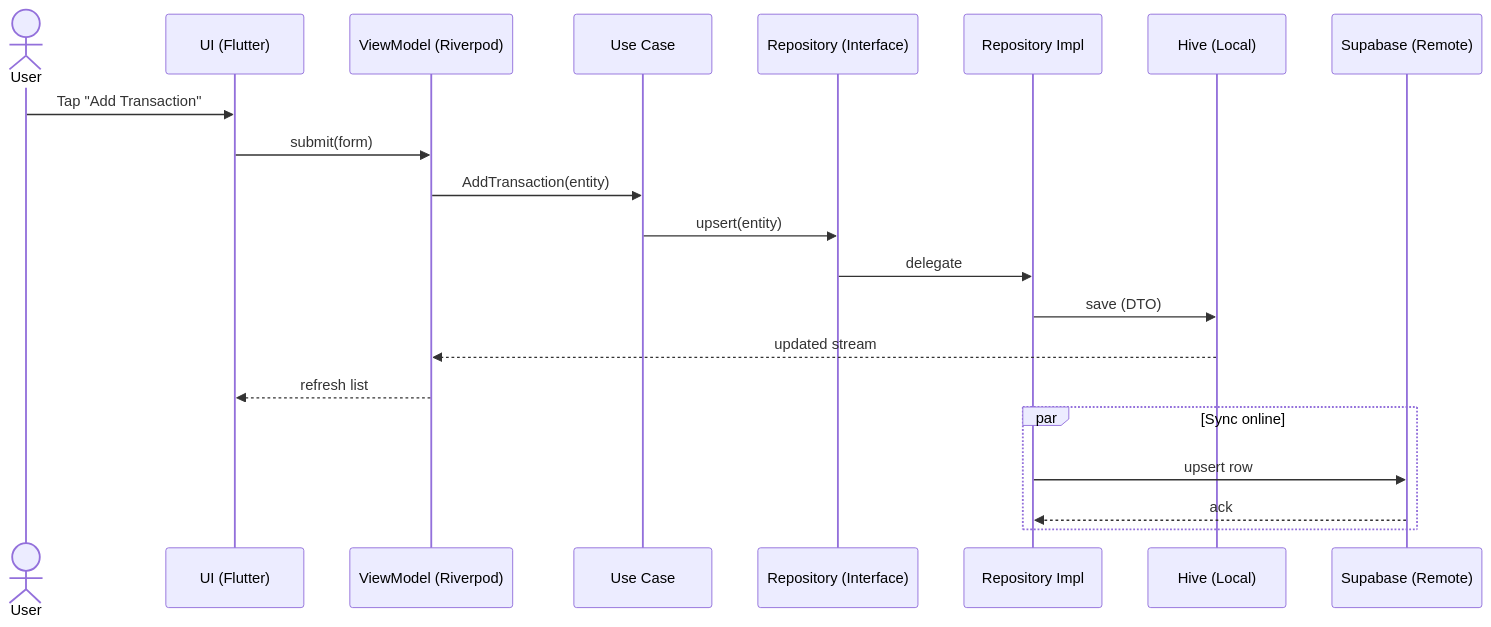
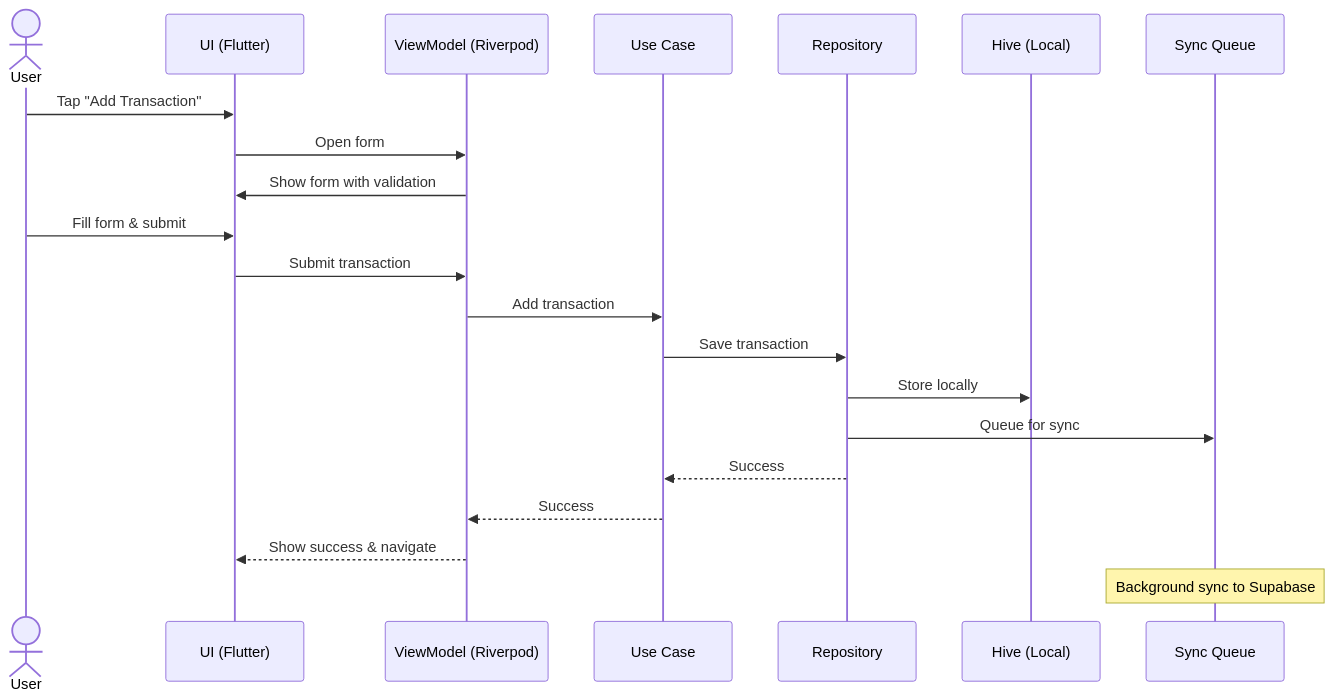
One commit to rakibulmehedi/Pocketa changed the second of 2 diagrams in README.md. Above: the diagram before and after it, drawn with Mermaid. The commit also changed other lines of this file and 90 other files, not shown here.

````diff
--- a/README.md
+++ b/README.md
@@ -110,24 +142,26 @@
 ```mermaid
 sequenceDiagram
   actor U as User
   participant UI as UI (Flutter)
   participant VM as ViewModel (Riverpod)
   participant UC as Use Case
-  participant Repo as Repository (Interface)
-  participant Impl as Repository Impl
-  participant H as Hive (Local)
-  participant S as Supabase (Remote)
+  participant Repo as Repository
+  participant Hive as Hive (Local)
+  participant Sync as Sync Queue
 
   U->>UI: Tap "Add Transaction"
-  UI->>VM: submit(form)
-  VM->>UC: AddTransaction(entity)
-  UC->>Repo: upsert(entity)
-  Repo->>Impl: delegate
-  Impl->>H: save (DTO)
-  H-->>VM: updated stream
-  VM-->>UI: refresh list
-  par Sync online
-    Impl->>S: upsert row
-    S-->>Impl: ack
-  end
+  UI->>VM: Open form
+  VM->>UI: Show form with validation
+  
+  U->>UI: Fill form & submit
+  UI->>VM: Submit transaction
+  VM->>UC: Add transaction
+  UC->>Repo: Save transaction
+  Repo->>Hive: Store locally
+  Repo->>Sync: Queue for sync
+  Repo-->>UC: Success
+  UC-->>VM: Success
+  VM-->>UI: Show success & navigate
+  
+  Note over Sync: Background sync to Supabase
 ```
````
